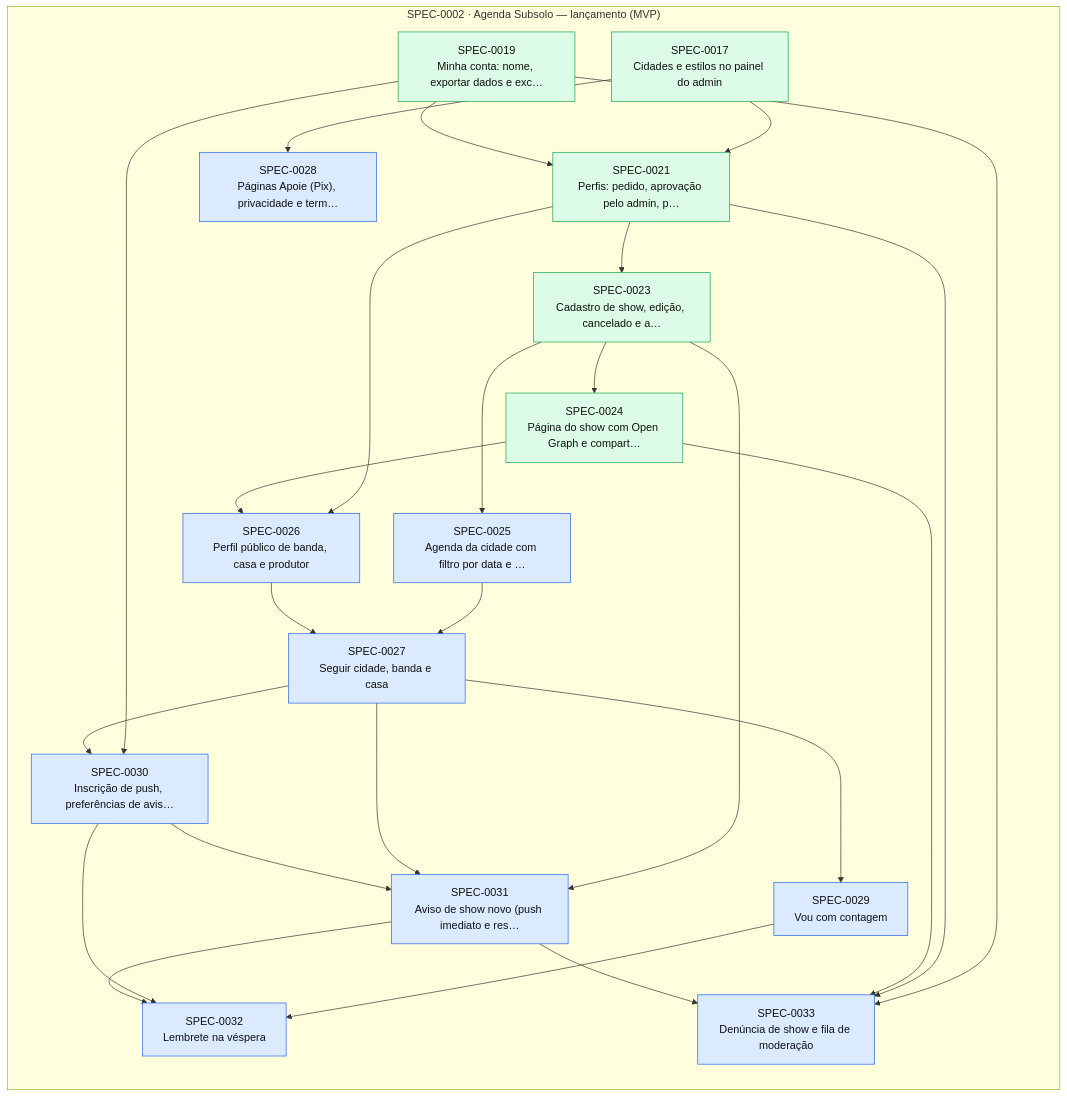
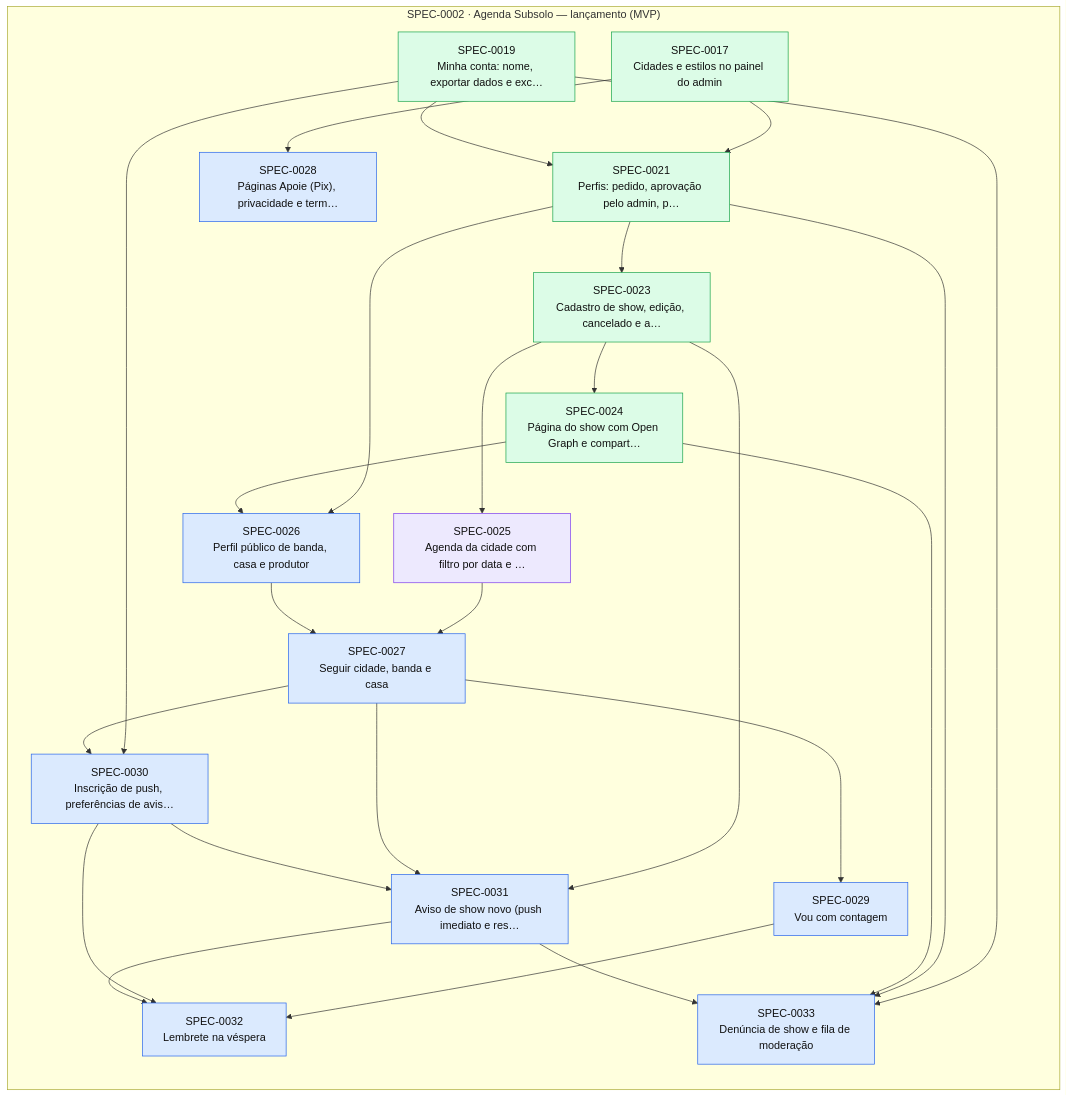
The diagram in docs/specs/INDEX.md (thomasravache/subsolo), drawn with Mermaid before and after one commit. The commit also changed other lines of this file and 1 other file, not shown here.

First line of the commit message:
docs(sdd): start SPEC-0025

````diff
--- a/docs/specs/INDEX.md
+++ b/docs/specs/INDEX.md
@@ -74,47 +74,47 @@
 ```mermaid
 flowchart LR
   subgraph E0002["SPEC-0002 · Agenda Subsolo — lançamento (MVP)"]
     S0017["SPEC-0017<br/>Cidades e estilos no painel do admin"]:::implemented
     S0019["SPEC-0019<br/>Minha conta: nome, exportar dados e exc…"]:::implemented
     S0021["SPEC-0021<br/>Perfis: pedido, aprovação pelo admin, p…"]:::implemented
     S0023["SPEC-0023<br/>Cadastro de show, edição, cancelado e a…"]:::implemented
     S0024["SPEC-0024<br/>Página do show com Open Graph e compart…"]:::implemented
-    S0025["SPEC-0025<br/>Agenda da cidade com filtro por data e …"]:::approved
+    S0025["SPEC-0025<br/>Agenda da cidade com filtro por data e …"]:::inprogress
     S0026["SPEC-0026<br/>Perfil público de banda, casa e produtor"]:::approved
     S0027["SPEC-0027<br/>Seguir cidade, banda e casa"]:::approved
     S0028["SPEC-0028<br/>Páginas Apoie (Pix), privacidade e term…"]:::approved
     S0029["SPEC-0029<br/>Vou com contagem"]:::approved
     S0030["SPEC-0030<br/>Inscrição de push, preferências de avis…"]:::approved
     S0031["SPEC-0031<br/>Aviso de show novo (push imediato e res…"]:::approved
     S0032["SPEC-0032<br/>Lembrete na véspera"]:::approved
     S0033["SPEC-0033<br/>Denúncia de show e fila de moderação"]:::approved
   end
   S0017 --> S0021
   S0019 --> S0021
   S0021 --> S0023
   S0023 --> S0024
   S0023 --> S0025
   S0021 --> S0026
   S0024 --> S0026
   S0025 --> S0027
   S0026 --> S0027
   S0017 --> S0028
   S0027 --> S0029
   S0019 --> S0030
   S0027 --> S0030
   S0023 --> S0031
   S0027 --> S0031
   S0030 --> S0031
   S0029 --> S0032
   S0030 --> S0032
   S0031 --> S0032
   S0019 --> S0033
   S0021 --> S0033
   S0024 --> S0033
   S0031 --> S0033
   classDef proposed fill:#fef3c7,stroke:#d97706,color:#111
   classDef approved fill:#dbeafe,stroke:#2563eb,color:#111
   classDef inprogress fill:#ede9fe,stroke:#7c3aed,color:#111
   classDef implemented fill:#dcfce7,stroke:#16a34a,color:#111
   classDef deprecated fill:#f3f4f6,stroke:#9ca3af,color:#6b7280
 ```
````
